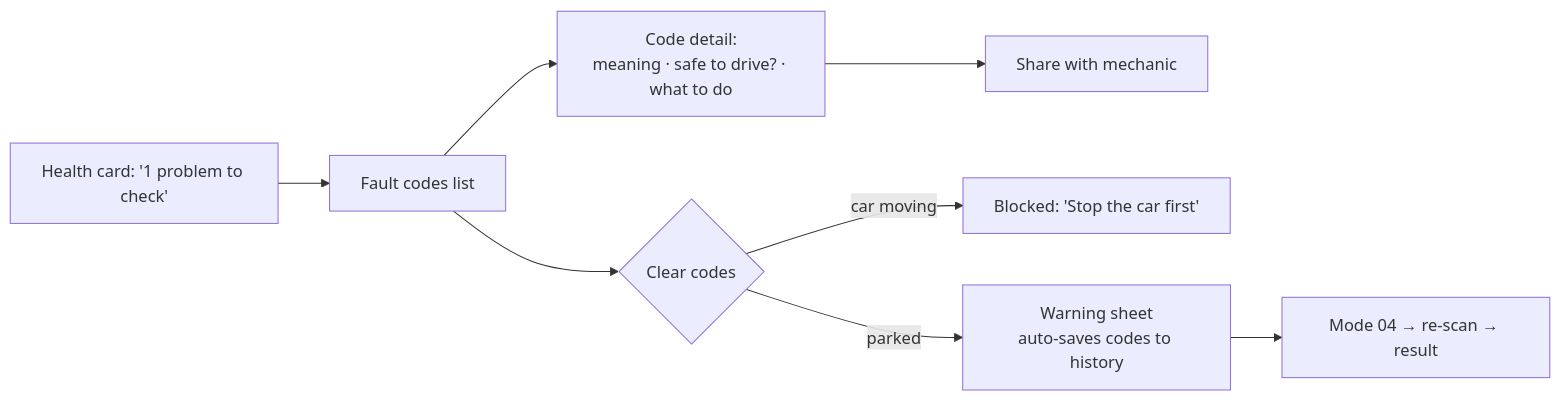
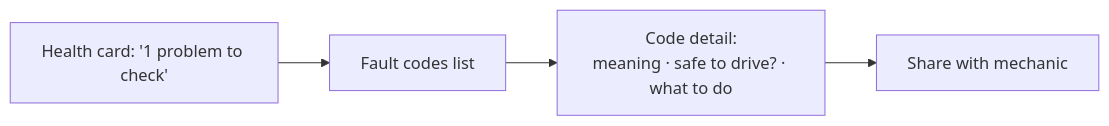
The third of 6 diagrams in docs/DESIGN.md (medbsl/Drivly), drawn with Mermaid before and after one commit. The commit also changed other lines of this file and 17 other files, not shown here.

````diff
--- a/docs/DESIGN.md
+++ b/docs/DESIGN.md
@@ -117,10 +117,6 @@
 ```mermaid
 flowchart LR
   H[Health card: '1 problem to check'] --> FL[Fault codes list]
   FL --> FD[Code detail:<br/>meaning · safe to drive? · what to do]
   FD --> S[Share with mechanic]
-  FL --> CC{Clear codes}
-  CC -->|car moving| BLK[Blocked: 'Stop the car first']
-  CC -->|parked| W[Warning sheet<br/>auto-saves codes to history]
-  W --> CL[Mode 04 → re-scan → result]
 ```
````
